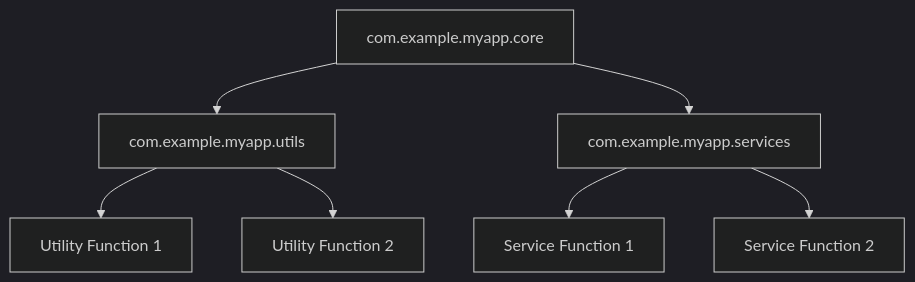
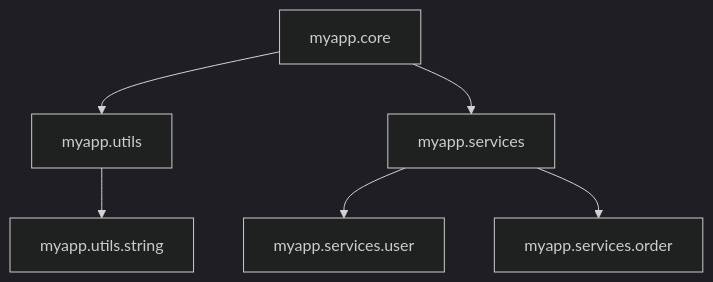
One commit to MasteryEducation/ClojureForJava.com changed the diagram in content/3/6/1/index.md. Above: the diagram before and after it, drawn with Mermaid (dark theme). The commit also changed other lines of this file and 74 other files, not shown here.

````diff
--- a/content/3/6/1/index.md
+++ b/content/3/6/1/index.md
@@ -156,9 +128,8 @@
 ```mermaid
 graph TD;
-    A[com.example.myapp.core] --> B[com.example.myapp.utils]
-    A --> C[com.example.myapp.services]
-    B --> D[Utility Function 1]
-    B --> E[Utility Function 2]
-    C --> F[Service Function 1]
-    C --> G[Service Function 2]
+    A[myapp.core] --> B[myapp.utils];
+    A --> C[myapp.services];
+    B --> D[myapp.utils.string];
+    C --> E[myapp.services.user];
+    C --> F[myapp.services.order];
 ```
````
